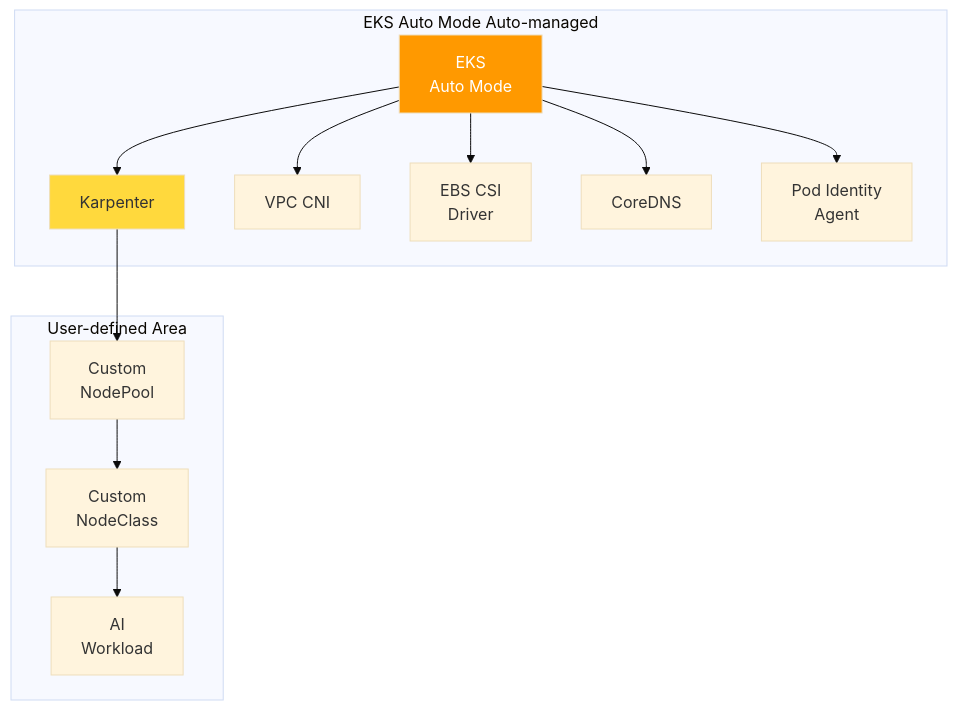
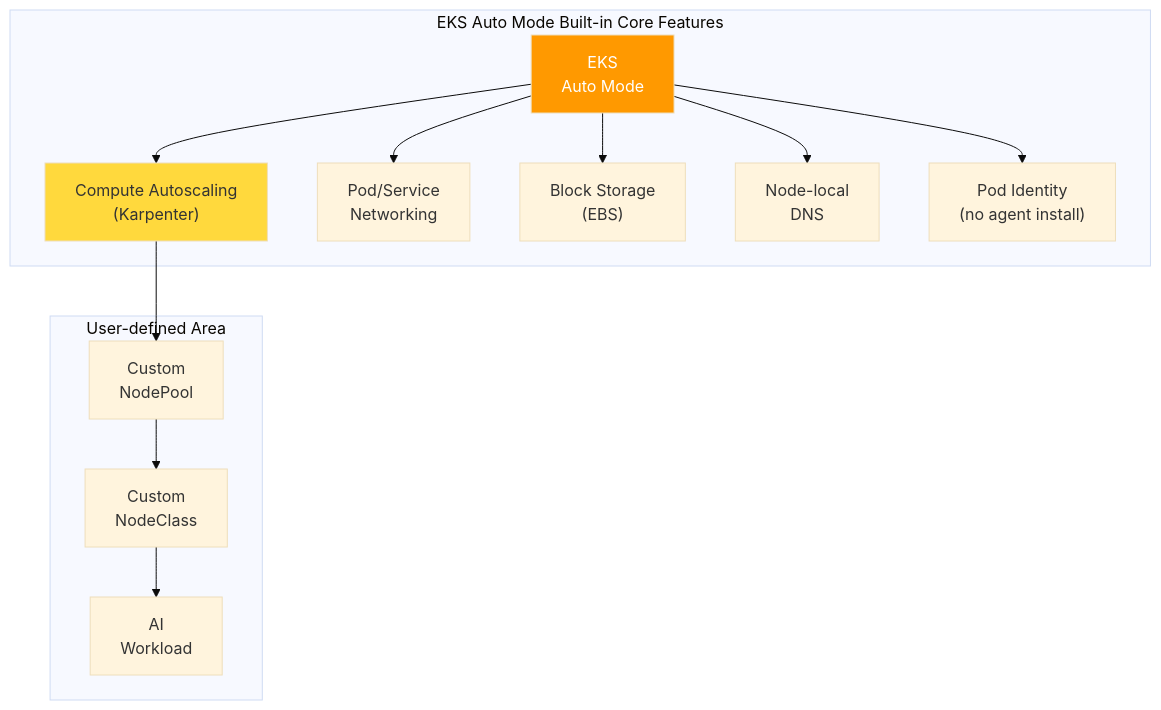
Before and after one commit to devfloor9/engineering-playbook: the second of 9 diagrams in docs/agentic-ai-platform/design-architecture/platform-selection/agentic-ai-solutions-eks.md, drawn with Mermaid (base theme). The commit also changed other lines of this file and 39 other files, not shown here.

````diff
--- a/docs/agentic-ai-platform/design-architecture/platform-selection/agentic-ai-solutions-eks.md
+++ b/docs/agentic-ai-platform/design-architecture/platform-selection/agentic-ai-solutions-eks.md
@@ -161,23 +161,23 @@
 ```mermaid
 flowchart TD
-    subgraph AutoManaged["EKS Auto Mode Auto-managed"]
+    subgraph AutoManaged["EKS Auto Mode Built-in Core Features"]
         AUTO["EKS<br/>Auto Mode"]
-        KARP["Karpenter"]
-        VPC_CNI["VPC CNI"]
-        CSI["EBS CSI<br/>Driver"]
-        COREDNS["CoreDNS"]
-        POD_ID["Pod Identity<br/>Agent"]
+        KARP["Compute Autoscaling<br/>(Karpenter)"]
+        VPC_CNI["Pod/Service<br/>Networking"]
+        CSI["Block Storage<br/>(EBS)"]
+        COREDNS["Node-local<br/>DNS"]
+        POD_ID["Pod Identity<br/>(no agent install)"]
     end
 
     subgraph UserDefined["User-defined Area"]
         NP["Custom<br/>NodePool"]
         NC["Custom<br/>NodeClass"]
         WL["AI<br/>Workload"]
     end
 
     AUTO --> KARP & VPC_CNI & CSI & COREDNS & POD_ID
     KARP --> NP --> NC --> WL
 
     style AUTO fill:#ff9900,color:#fff
     style KARP fill:#ffd93d
 ```
````
